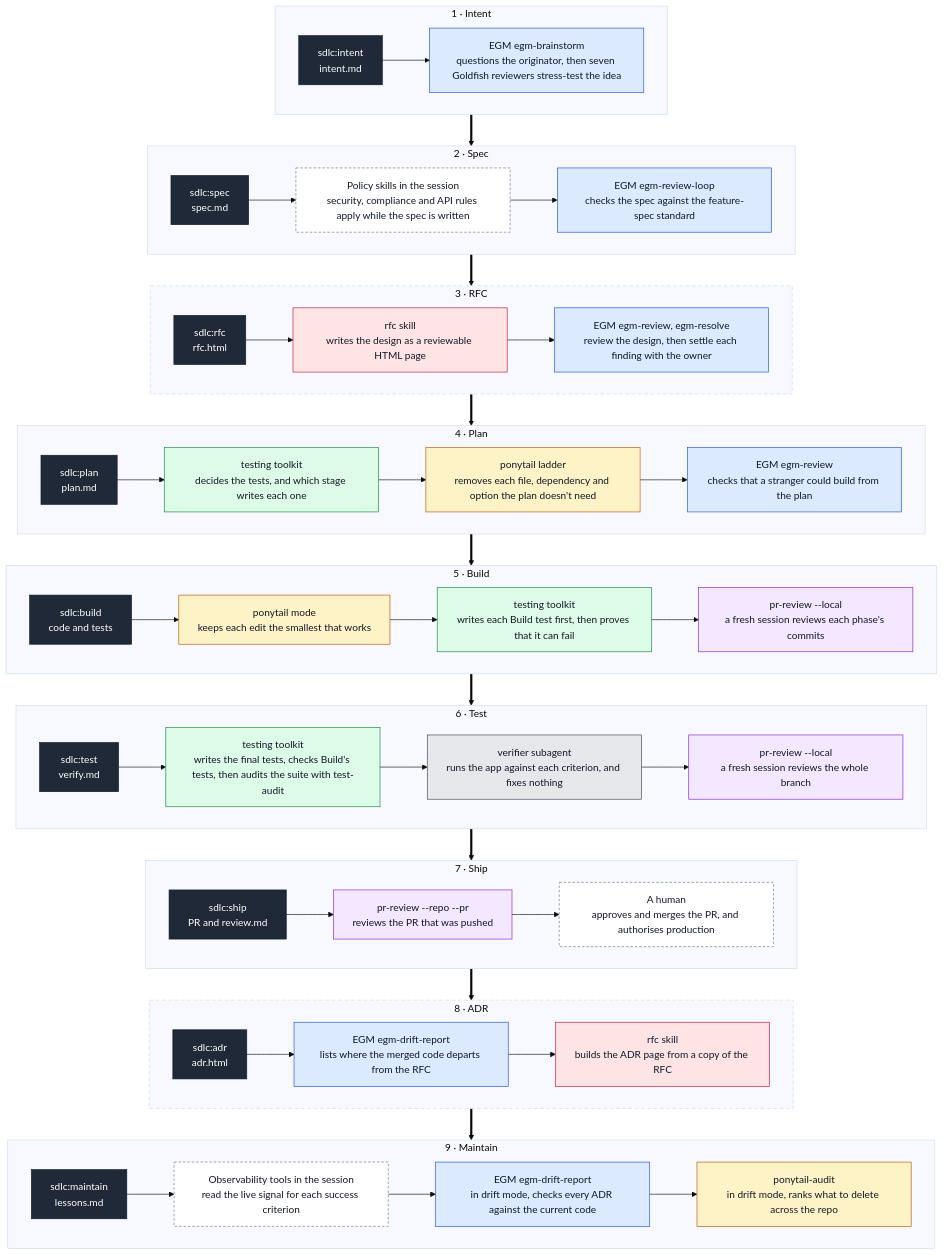
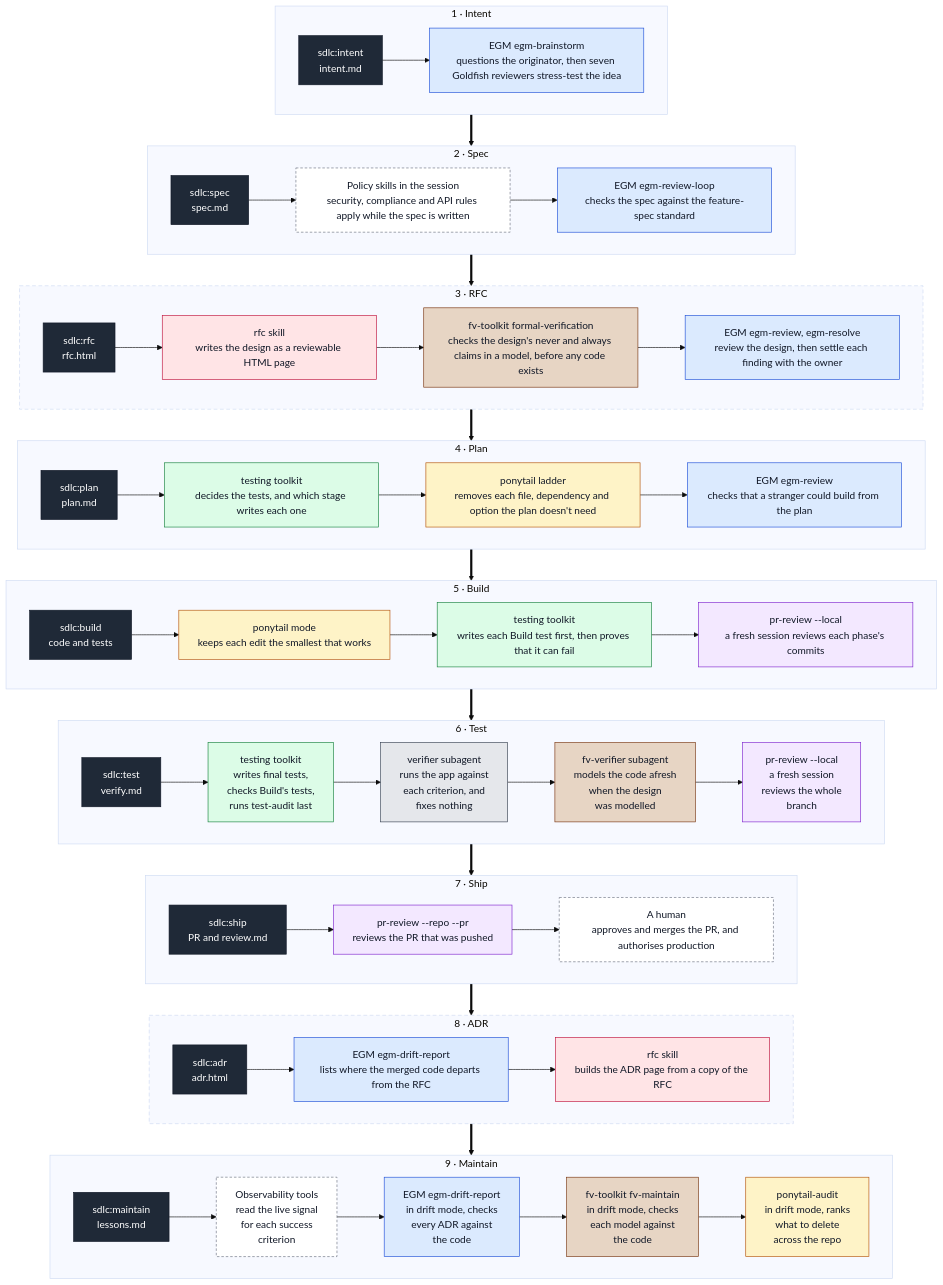
One commit to aasimsani/sdlc-toolkit changed the first of 8 diagrams in README.md. Above: the diagram before and after it, drawn with Mermaid (base theme). The commit also changed other lines of this file, not shown here.

First line of the commit message:
docs(core): show the formal checks in the README's tables and diagrams

````diff
--- a/README.md
+++ b/README.md
@@ -53,52 +53,53 @@
 ```mermaid
 %%{init: {"flowchart": {"wrappingWidth": 280}}}%%
 flowchart TB
     classDef stage fill:#1f2937,stroke:#111827,color:#ffffff
     classDef egm fill:#dbeafe,stroke:#1d4ed8,color:#111827
     classDef rfc fill:#ffe4e6,stroke:#be123c,color:#111827
     classDef tt fill:#dcfce7,stroke:#15803d,color:#111827
     classDef pony fill:#fef3c7,stroke:#b45309,color:#111827
     classDef prr fill:#f3e8ff,stroke:#7e22ce,color:#111827
+    classDef fv fill:#e7d5c4,stroke:#78350f,color:#111827
     classDef own fill:#e5e7eb,stroke:#374151,color:#111827
     classDef other fill:#ffffff,stroke:#6b7280,color:#111827,stroke-dasharray: 4 3
 
     subgraph S1["1 · Intent"]
         direction LR
         a0["sdlc:intent<br/>intent.md"]:::stage --> a1["EGM egm-brainstorm<br/>questions the originator, then seven Goldfish reviewers stress-test the idea"]:::egm
     end
     subgraph S2["2 · Spec"]
         direction LR
         b0["sdlc:spec<br/>spec.md"]:::stage --> b1["Policy skills in the session<br/>security, compliance and API rules apply while the spec is written"]:::other --> b2["EGM egm-review-loop<br/>checks the spec against the feature-spec standard"]:::egm
     end
     subgraph S3["3 · RFC"]
         direction LR
-        c0["sdlc:rfc<br/>rfc.html"]:::stage --> c1["rfc skill<br/>writes the design as a reviewable HTML page"]:::rfc --> c2["EGM egm-review, egm-resolve<br/>review the design, then settle each finding with the owner"]:::egm
+        c0["sdlc:rfc<br/>rfc.html"]:::stage --> c1["rfc skill<br/>writes the design as a reviewable HTML page"]:::rfc --> c3["fv-toolkit formal-verification<br/>checks the design's never and always claims in a model, before any code exists"]:::fv --> c2["EGM egm-review, egm-resolve<br/>review the design, then settle each finding with the owner"]:::egm
     end
     subgraph S4["4 · Plan"]
         direction LR
         d0["sdlc:plan<br/>plan.md"]:::stage --> d1["testing toolkit<br/>decides the tests, and which stage writes each one"]:::tt --> d2["ponytail ladder<br/>removes each file, dependency and option the plan doesn't need"]:::pony --> d3["EGM egm-review<br/>checks that a stranger could build from the plan"]:::egm
     end
     subgraph S5["5 · Build"]
         direction LR
         e0["sdlc:build<br/>code and tests"]:::stage --> e1["ponytail mode<br/>keeps each edit the smallest that works"]:::pony --> e2["testing toolkit<br/>writes each Build test first, then proves that it can fail"]:::tt --> e3["pr-review --local<br/>a fresh session reviews each phase's commits"]:::prr
     end
     subgraph S6["6 · Test"]
         direction LR
-        f0["sdlc:test<br/>verify.md"]:::stage --> f1["testing toolkit<br/>writes the final tests, checks Build's tests, then audits the suite with test-audit"]:::tt --> f2["verifier subagent<br/>runs the app against each criterion, and fixes nothing"]:::own --> f3["pr-review --local<br/>a fresh session reviews the whole branch"]:::prr
+        f0["sdlc:test<br/>verify.md"]:::stage --> f1["testing toolkit<br/>writes final tests,<br/>checks Build's tests,<br/>runs test-audit last"]:::tt --> f2["verifier subagent<br/>runs the app against<br/>each criterion, and<br/>fixes nothing"]:::own --> f4["fv-verifier subagent<br/>models the code afresh<br/>when the design<br/>was modelled"]:::fv --> f3["pr-review --local<br/>a fresh session<br/>reviews the whole<br/>branch"]:::prr
     end
     subgraph S7["7 · Ship"]
         direction LR
         g0["sdlc:ship<br/>PR and review.md"]:::stage --> g1["pr-review --repo --pr<br/>reviews the PR that was pushed"]:::prr --> g2["A human<br/>approves and merges the PR, and authorises production"]:::other
     end
     subgraph S8["8 · ADR"]
         direction LR
         h0["sdlc:adr<br/>adr.html"]:::stage --> h1["EGM egm-drift-report<br/>lists where the merged code departs from the RFC"]:::egm --> h2["rfc skill<br/>builds the ADR page from a copy of the RFC"]:::rfc
     end
     subgraph S9["9 · Maintain"]
         direction LR
-        j0["sdlc:maintain<br/>lessons.md"]:::stage --> j1["Observability tools in the session<br/>read the live signal for each success criterion"]:::other --> j2["EGM egm-drift-report<br/>in drift mode, checks every ADR against the current code"]:::egm --> j3["ponytail-audit<br/>in drift mode, ranks what to delete across the repo"]:::pony
+        j0["sdlc:maintain<br/>lessons.md"]:::stage --> j1["Observability tools<br/>read the live signal<br/>for each success<br/>criterion"]:::other --> j2["EGM egm-drift-report<br/>in drift mode, checks<br/>every ADR against<br/>the code"]:::egm --> j4["fv-toolkit fv-maintain<br/>in drift mode, checks<br/>each model against<br/>the code"]:::fv --> j3["ponytail-audit<br/>in drift mode, ranks<br/>what to delete<br/>across the repo"]:::pony
     end
     S1 ==> S2 ==> S3 ==> S4 ==> S5 ==> S6 ==> S7 ==> S8 ==> S9
     style S3 stroke-dasharray: 6 4
     style S8 stroke-dasharray: 6 4
 ```
````
